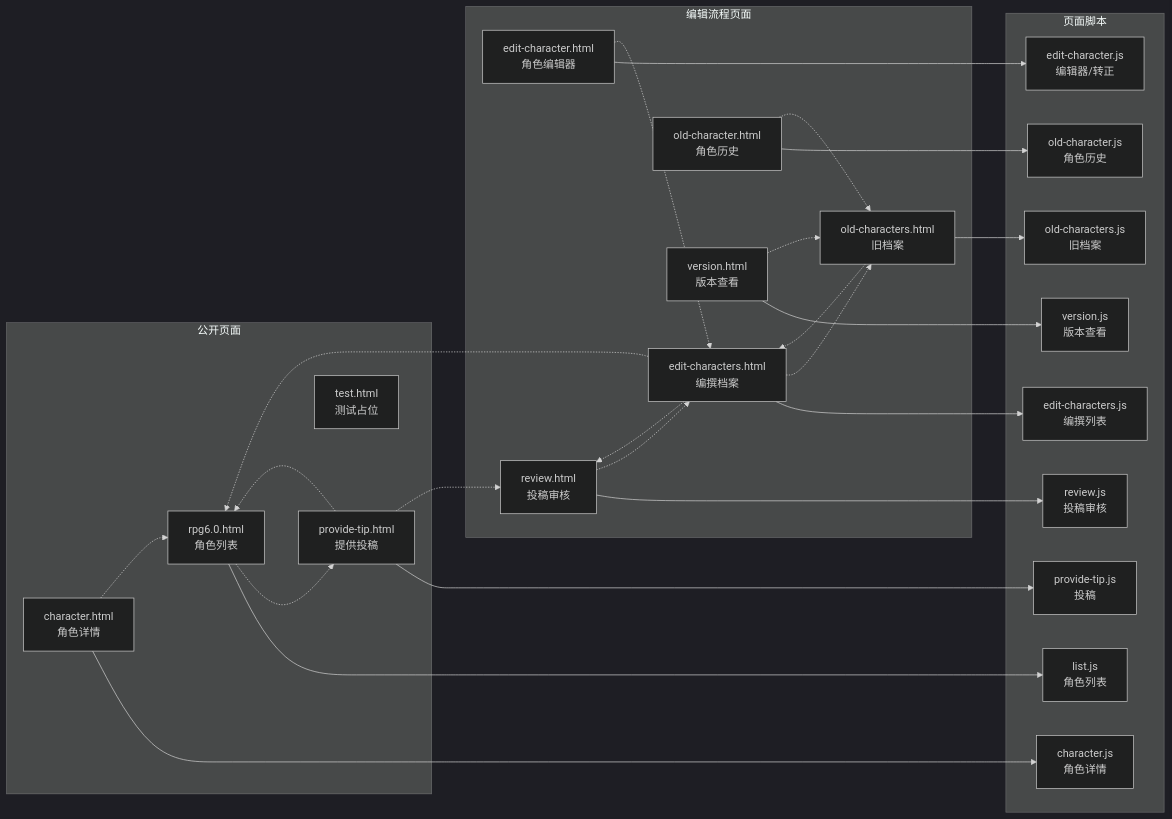
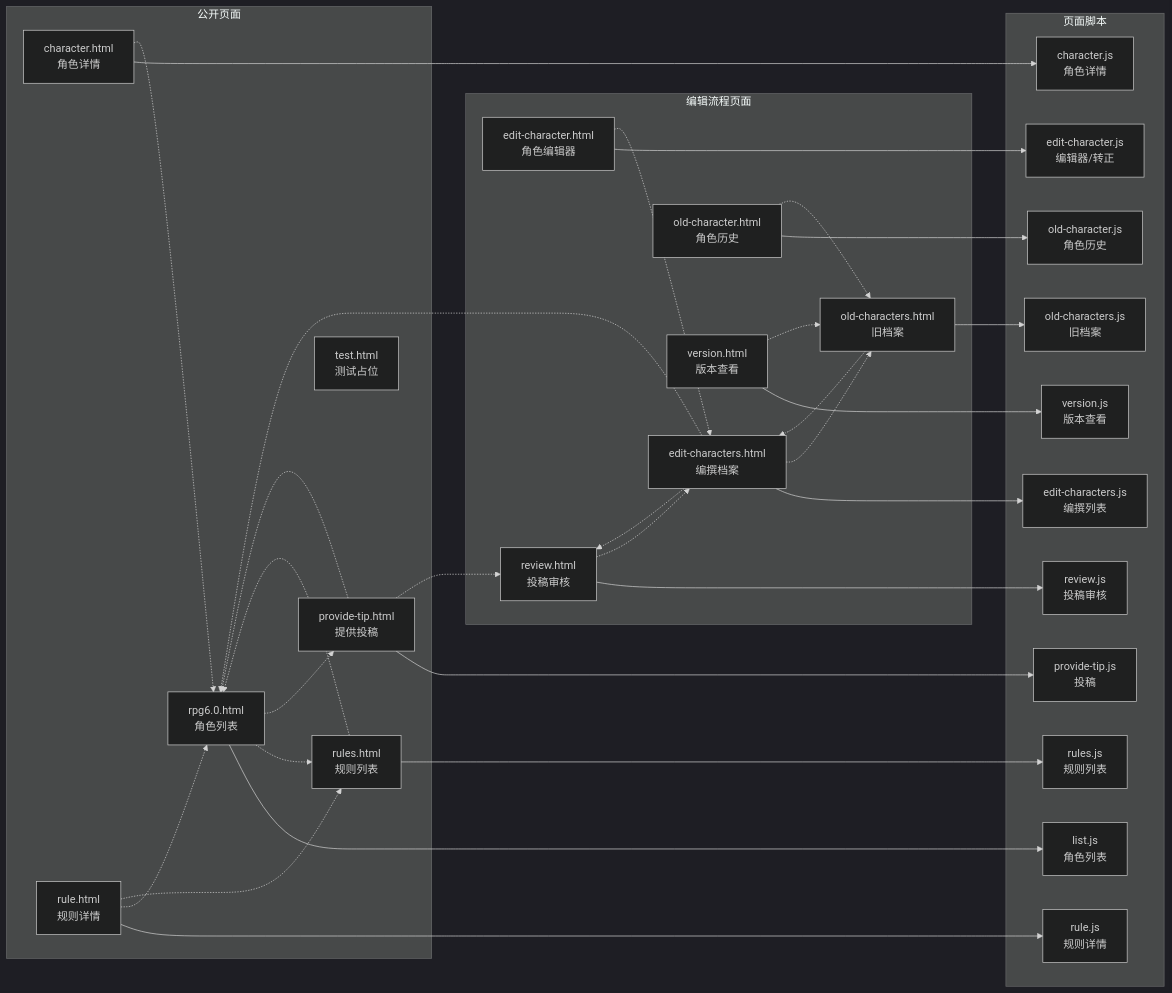
Before and after one commit to cangwu-protect-union/cangwu-protect-union.github.io: the first of 2 diagrams in rpg6.0/架构.md, drawn with Mermaid (dark theme). The commit also changed other lines of this file and 14 other files, not shown here.

````diff
--- a/rpg6.0/架构.md
+++ b/rpg6.0/架构.md
@@ -15,56 +15,66 @@
 ```mermaid
 flowchart LR
 
   subgraph pubLayer["公开页面"]
     P_rpg6_0["rpg6.0.html<br/>角色列表"]
     P_character["character.html<br/>角色详情"]
+    P_rules["rules.html<br/>规则列表"]
+    P_rule["rule.html<br/>规则详情"]
     P_provide_tip["provide-tip.html<br/>提供投稿"]
     P_test["test.html<br/>测试占位"]
   end
 
   subgraph editLayer["编辑流程页面"]
     P_edit_characters["edit-characters.html<br/>编撰档案"]
     P_edit_character["edit-character.html<br/>角色编辑器"]
     P_review["review.html<br/>投稿审核"]
     P_old_characters["old-characters.html<br/>旧档案"]
     P_old_character["old-character.html<br/>角色历史"]
     P_version["version.html<br/>版本查看"]
   end
 
   subgraph scriptLayer["页面脚本"]
     S_character["character.js<br/>角色详情"]
     S_edit_character["edit-character.js<br/>编辑器/转正"]
     S_edit_characters["edit-characters.js<br/>编撰列表"]
     S_list["list.js<br/>角色列表"]
     S_old_character["old-character.js<br/>角色历史"]
     S_old_characters["old-characters.js<br/>旧档案"]
     S_provide_tip["provide-tip.js<br/>投稿"]
     S_review["review.js<br/>投稿审核"]
+    S_rule["rule.js<br/>规则详情"]
+    S_rules["rules.js<br/>规则列表"]
     S_version["version.js<br/>版本查看"]
   end
 
   %% 页面加载自己的脚本
   P_rpg6_0 --> S_list
   P_character --> S_character
+  P_rules --> S_rules
+  P_rule --> S_rule
   P_provide_tip --> S_provide_tip
   P_edit_characters --> S_edit_characters
   P_edit_character --> S_edit_character
   P_review --> S_review
   P_old_characters --> S_old_characters
   P_old_character --> S_old_character
   P_version --> S_version
 
   %% 页面之间的跳转
+  P_rpg6_0 -.-> P_rules
   P_rpg6_0 -.-> P_provide_tip
   P_character -.-> P_rpg6_0
+  P_rules -.-> P_rpg6_0
+  P_rule -.-> P_rpg6_0
+  P_rule -.-> P_rules
   P_provide_tip -.-> P_rpg6_0
   P_provide_tip -.-> P_review
   P_edit_characters -.-> P_review
   P_edit_characters -.-> P_old_characters
   P_edit_characters -.-> P_rpg6_0
   P_edit_character -.-> P_edit_characters
   P_review -.-> P_edit_characters
   P_old_characters -.-> P_edit_characters
   P_old_character -.-> P_old_characters
   P_version -.-> P_old_characters
 ```
````
